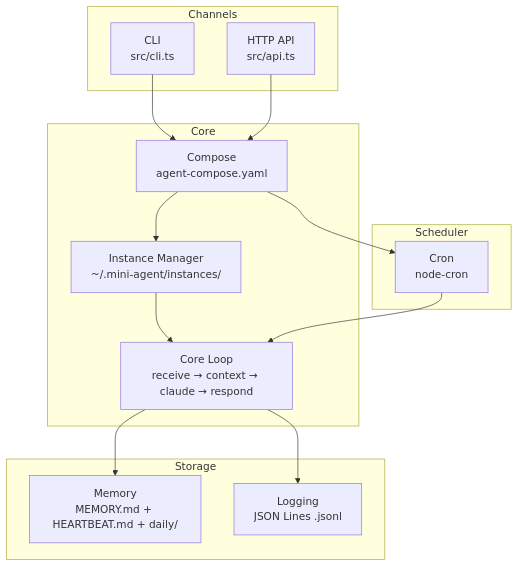
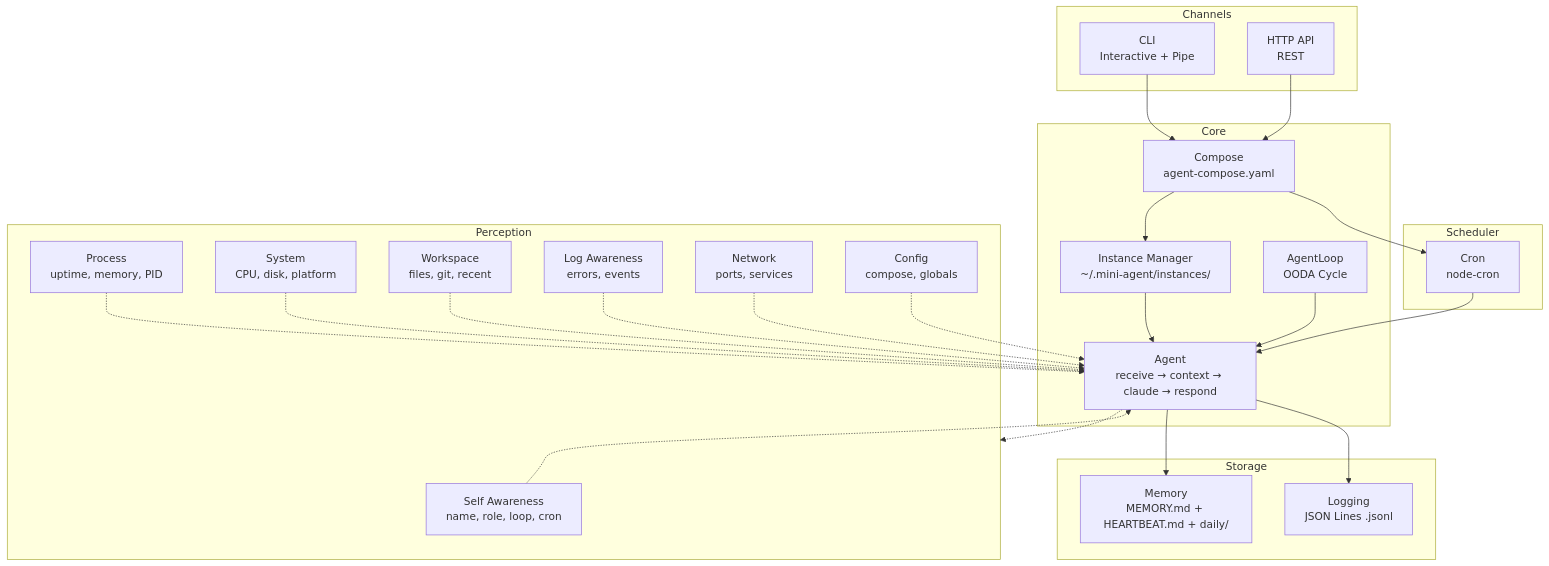
One commit to miles990/mini-agent changed the diagram in README.md. Above: the diagram before and after it, drawn with Mermaid. The commit also changed other lines of this file, not shown here.

First line of the commit message:
docs: 更新 README 反映完整功能（AgentLoop, Perception, Logs）

````diff
--- a/README.md
+++ b/README.md
@@ -11,31 +13,52 @@
 ```mermaid
 graph TB
     subgraph Channels
-        CLI[CLI<br/>src/cli.ts]
-        API[HTTP API<br/>src/api.ts]
+        CLI[CLI<br/>Interactive + Pipe]
+        API[HTTP API<br/>REST]
     end
 
     subgraph Core
         Compose[Compose<br/>agent-compose.yaml]
         Instance[Instance Manager<br/>~/.mini-agent/instances/]
-        Agent[Core Loop<br/>receive → context → claude → respond]
+        Agent[Agent<br/>receive → context → claude → respond]
+        Loop[AgentLoop<br/>OODA Cycle]
+    end
+
+    subgraph Perception
+        Self[Self Awareness<br/>name, role, loop, cron]
+        Process[Process<br/>uptime, memory, PID]
+        System[System<br/>CPU, disk, platform]
+        Workspace[Workspace<br/>files, git, recent]
+        Logs[Log Awareness<br/>errors, events]
+        Network[Network<br/>ports, services]
+        Config[Config<br/>compose, globals]
     end
 
     subgraph Storage
         Memory[Memory<br/>MEMORY.md + HEARTBEAT.md + daily/]
-        Logs[Logging<br/>JSON Lines .jsonl]
+        LogStore[Logging<br/>JSON Lines .jsonl]
     end
 
     subgraph Scheduler
         Cron[Cron<br/>node-cron]
     end
 
     CLI --> Compose
     API --> Compose
     Compose --> Instance
     Instance --> Agent
     Agent --> Memory
-    Agent --> Logs
+    Agent --> LogStore
+    Loop --> Agent
     Cron --> Agent
     Compose --> Cron
+
+    Agent -.-> Perception
+    Self -.-> Agent
+    Process -.-> Agent
+    System -.-> Agent
+    Workspace -.-> Agent
+    Logs -.-> Agent
+    Network -.-> Agent
+    Config -.-> Agent
 ```
````
